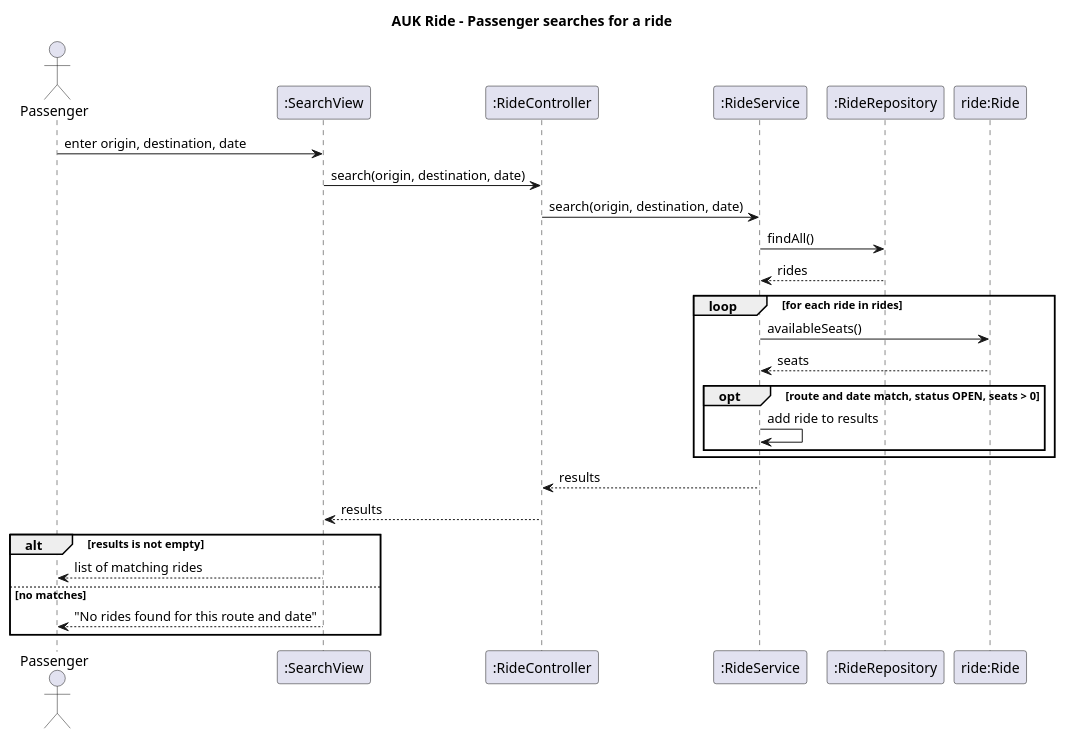
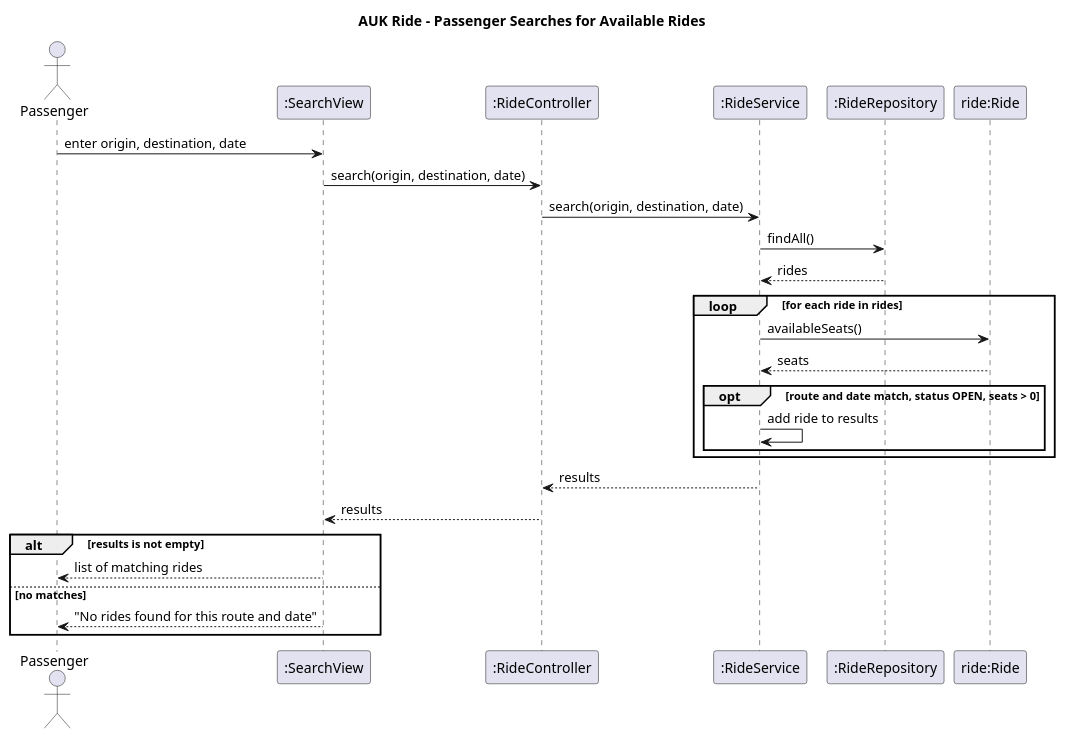
The diagram in sequence-search-rides.puml (dalinacanhasi/AUK_Ride), drawn with PlantUML before and after one commit.

Commit message:
Improved ride search diagram title

```diff
--- a/sequence-search-rides.puml
+++ b/sequence-search-rides.puml
@@ -1,32 +1,32 @@
 @startuml sequence-search-rides 
-title AUK Ride - Passenger searches for a ride
+title AUK Ride - Passenger Searches for Available Rides
 
 actor Passenger
 participant ":SearchView" as UI
 participant ":RideController" as Ctrl
 participant ":RideService" as Svc
 participant ":RideRepository" as Repo
 participant "ride:Ride" as Ride
 
 Passenger -> UI : enter origin, destination, date
 UI -> Ctrl : search(origin, destination, date)
 Ctrl -> Svc : search(origin, destination, date)
 Svc -> Repo : findAll()
 Repo --> Svc : rides
 
 loop for each ride in rides
   Svc -> Ride : availableSeats()
   Ride --> Svc : seats
   opt route and date match, status OPEN, seats > 0
     Svc -> Svc : add ride to results
   end
 end
 
 Svc --> Ctrl : results
 Ctrl --> UI : results
 alt results is not empty
   UI --> Passenger : list of matching rides
 else no matches
   UI --> Passenger : "No rides found for this route and date"
 end
 @enduml
```
